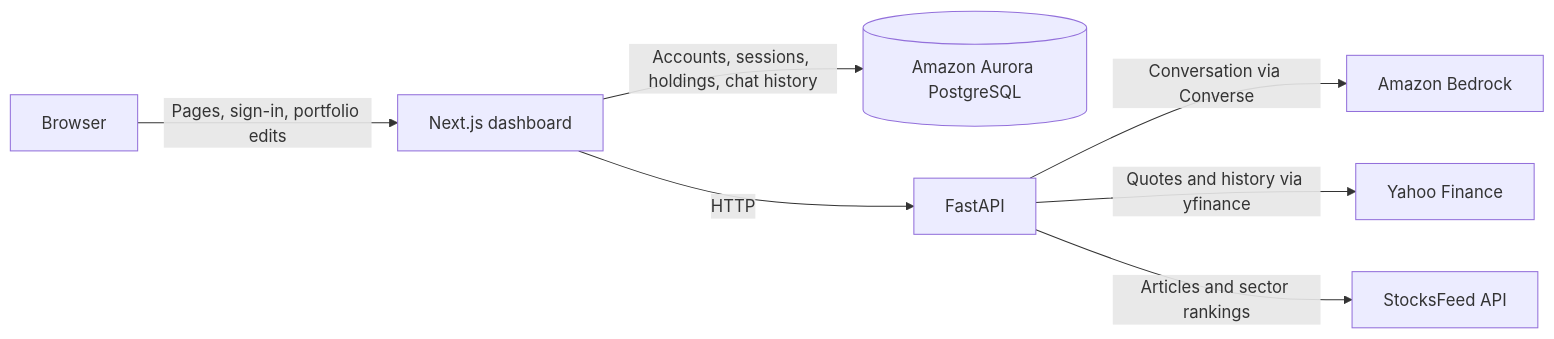
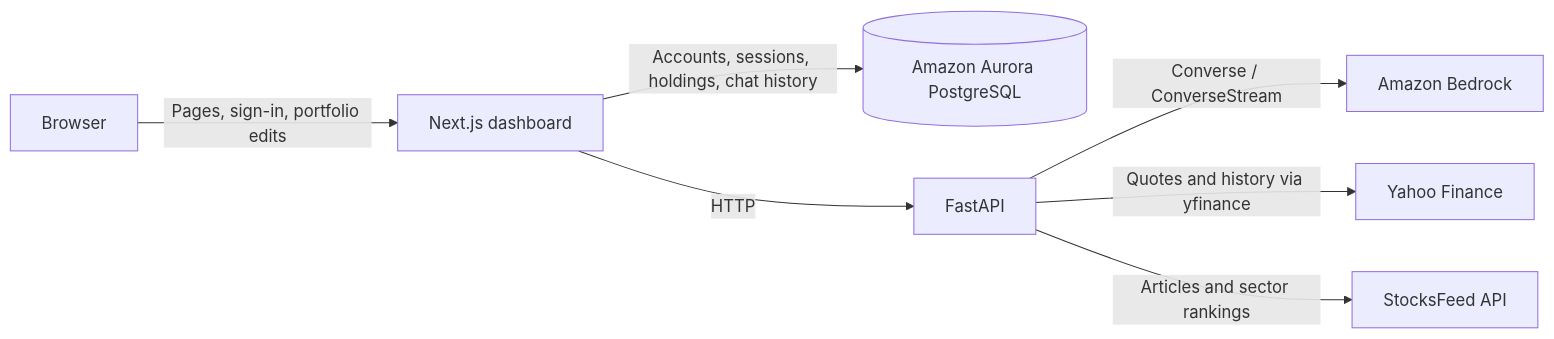
The diagram in ARCHITECTURE.md (tarteeg/datathon-polyfinance), drawn with Mermaid before and after one commit. The commit also changed other lines of this file and 25 other files, not shown here.

````diff
--- a/ARCHITECTURE.md
+++ b/ARCHITECTURE.md
@@ -5,9 +5,9 @@
 ```mermaid
 flowchart LR
     Browser -->|Pages, sign-in, portfolio edits| Next["Next.js dashboard"]
     Next -->|Accounts, sessions, holdings, chat history| DB[("Amazon Aurora PostgreSQL")]
-    API -->|Conversation via Converse| Bedrock["Amazon Bedrock"]
+    API -->|Converse / ConverseStream| Bedrock["Amazon Bedrock"]
     Next -->|HTTP| API["FastAPI"]
     API -->|Quotes and history via yfinance| Yahoo["Yahoo Finance"]
     API -->|Articles and sector rankings| Feed["StocksFeed API"]
 ```
````
